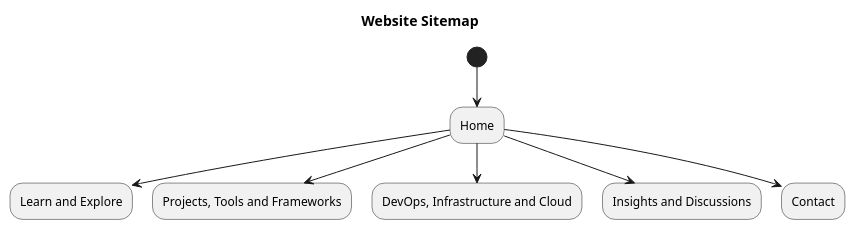
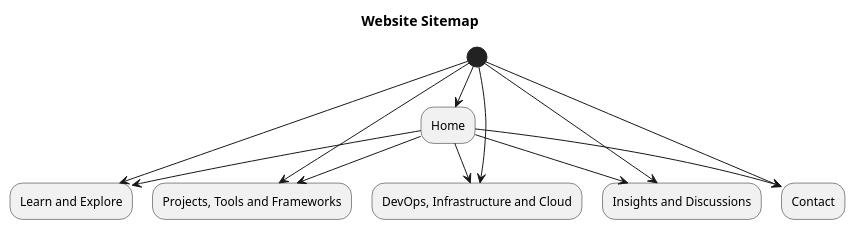
The diagram in docs/diagrams/sitemap.puml (RFS-0/blog.resrc.ch), drawn with PlantUML before and after one commit. The commit also changed 2 other files, not shown here.

Commit message:
docs(1): briefly describe architecture of navigation

```diff
--- a/docs/diagrams/sitemap.puml
+++ b/docs/diagrams/sitemap.puml
@@ -1,12 +1,17 @@
 @startuml
 
 title Website Sitemap
 
 (*) --> Home
+(*) --> "Learn and Explore" as LearnAndExplore
+(*) --> "Projects, Tools and Frameworks" as ProjectsToolsFrameworks
+(*) --> "DevOps, Infrastructure and Cloud" as DevOpsInfrastructureCloud
+(*) --> "Insights and Discussions" as InsightsDiscussions
+(*) --> Contact
 Home --> "Learn and Explore" as LearnAndExplore
 Home --> "Projects, Tools and Frameworks" as ProjectsToolsFrameworks
 Home --> "DevOps, Infrastructure and Cloud" as DevOpsInfrastructureCloud
 Home --> "Insights and Discussions" as InsightsDiscussions
 Home --> Contact
 
 @enduml
```
